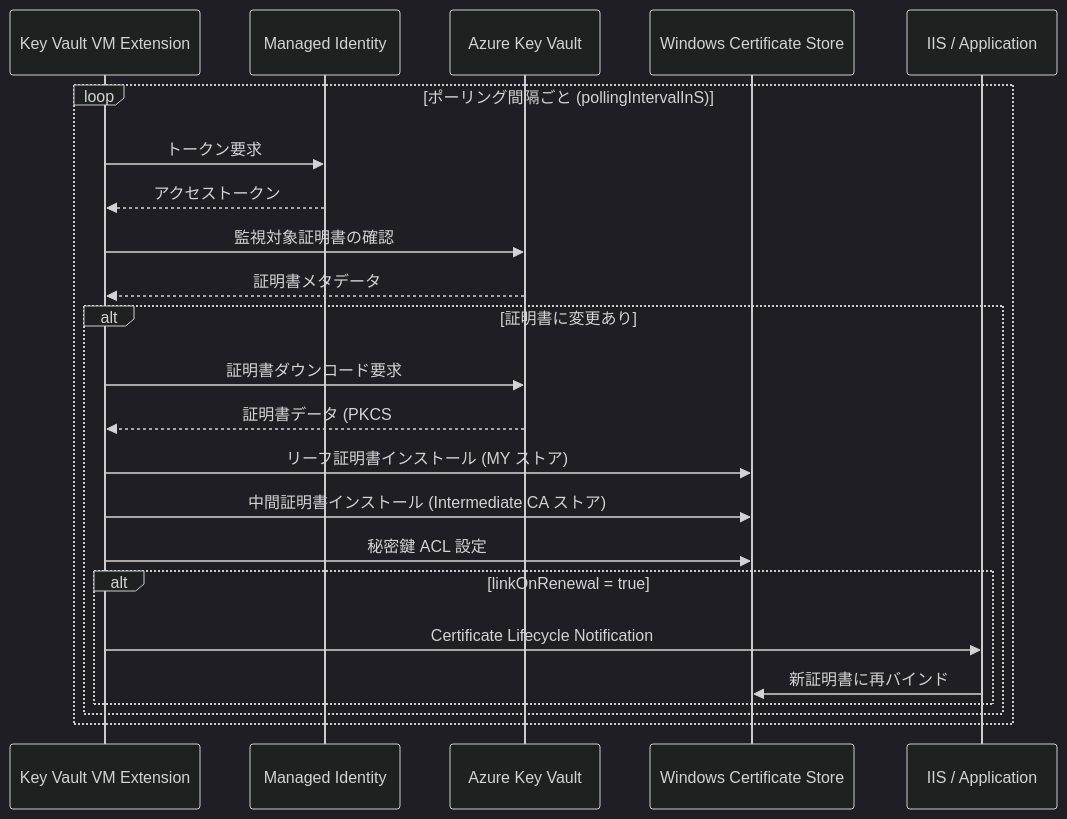
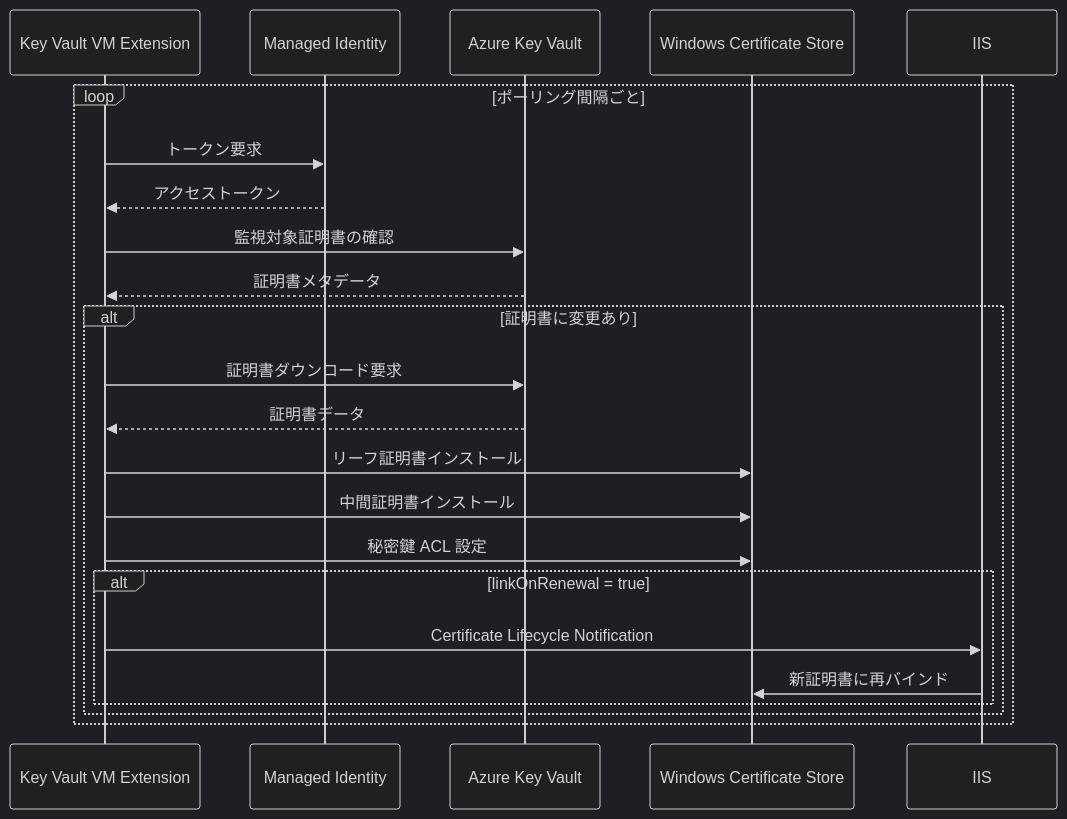
The second of 7 diagrams in docs/azure/akvvm-mermaid.md (zukakosan/blog-tech), drawn with Mermaid (dark theme) before and after one commit. The commit also changed other lines of this file and 2 other files, not shown here.

Commit message:
Rename mermaid agent for Zenn and update Mermaid diagrams to render correctly (use `<br/>`, quote labels)

````diff
--- a/docs/azure/akvvm-mermaid.md
+++ b/docs/azure/akvvm-mermaid.md
@@ -33,28 +29,28 @@
 ```mermaid
 sequenceDiagram
     participant EXT as Key Vault VM Extension
     participant MSI as Managed Identity
     participant KV as Azure Key Vault
     participant STORE as Windows Certificate Store
-    participant IIS as IIS / Application
+    participant IIS as IIS
 
-    loop ポーリング間隔ごと (pollingIntervalInS)
+    loop ポーリング間隔ごと
         EXT->>MSI: トークン要求
         MSI-->>EXT: アクセストークン
         EXT->>KV: 監視対象証明書の確認
         KV-->>EXT: 証明書メタデータ
         
         alt 証明書に変更あり
             EXT->>KV: 証明書ダウンロード要求
-            KV-->>EXT: 証明書データ (PKCS#12/PEM)
-            EXT->>STORE: リーフ証明書インストール (MY ストア)
-            EXT->>STORE: 中間証明書インストール (Intermediate CA ストア)
+            KV-->>EXT: 証明書データ
+            EXT->>STORE: リーフ証明書インストール
+            EXT->>STORE: 中間証明書インストール
             EXT->>STORE: 秘密鍵 ACL 設定
             
             alt linkOnRenewal = true
                 EXT->>IIS: Certificate Lifecycle Notification
                 IIS->>STORE: 新証明書に再バインド
             end
         end
     end
 ```
````
